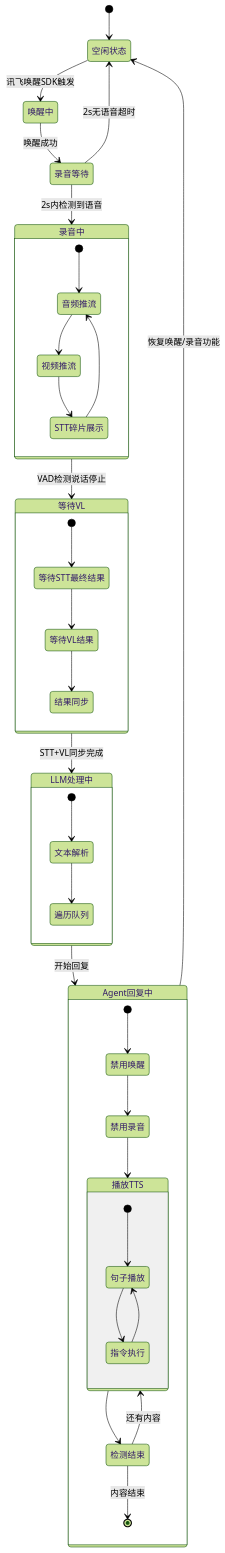
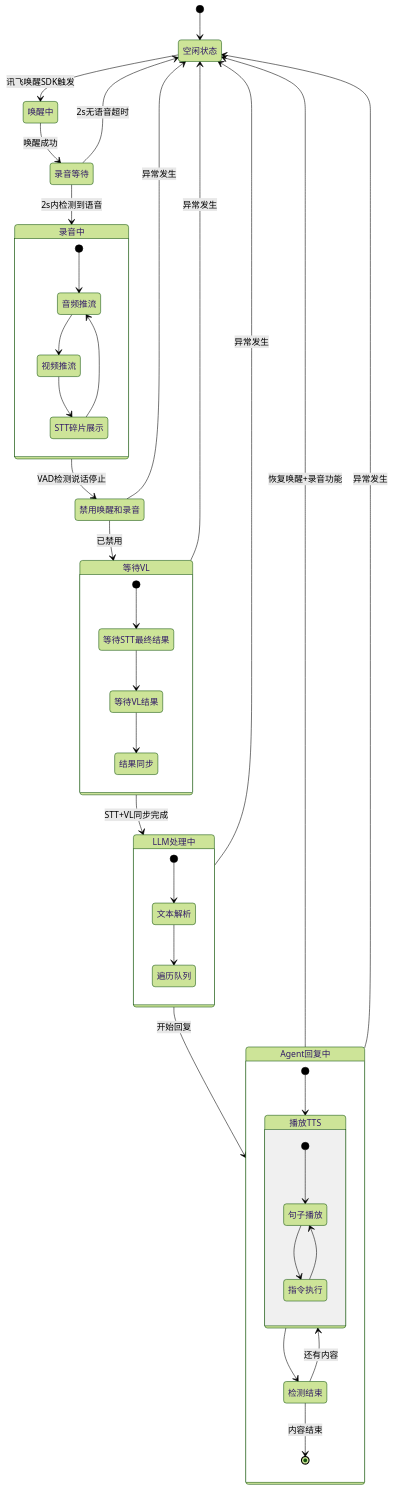
One commit to nangong918/magic-vector changed the fifth of 5 diagrams in cursor/AgentChat.md. Above: the diagram before and after it, drawn with Mermaid (forest theme). The commit also changed other lines of this file, not shown here.

Commit message:
deepseek: 完成状态图设计

````diff
--- a/cursor/AgentChat.md
+++ b/cursor/AgentChat.md
@@ -329,51 +330,57 @@
 ```mermaid
 stateDiagram-v2
-    [*] --> 空闲状态
-    
-    空闲状态 --> 唤醒中: 讯飞唤醒SDK触发
-    唤醒中 --> 录音等待: 唤醒成功
-    录音等待 --> 录音中: 2s内检测到语音
-    录音等待 --> 空闲状态: 2s无语音超时
-    
-    state 录音中 {
-        [*] --> 音频推流
-        音频推流 --> 视频推流
-        视频推流 --> STT碎片展示
-        STT碎片展示 --> 音频推流
+  [*] --> 空闲状态
+
+  空闲状态 --> 唤醒中: 讯飞唤醒SDK触发
+  唤醒中 --> 录音等待: 唤醒成功
+  录音等待 --> 录音中: 2s内检测到语音
+  录音等待 --> 空闲状态: 2s无语音超时
+
+  state 录音中 {
+    [*] --> 音频推流
+    音频推流 --> 视频推流
+    视频推流 --> STT碎片展示
+    STT碎片展示 --> 音频推流
+  }
+
+  录音中 --> 禁用唤醒和录音: VAD检测说话停止
+
+  禁用唤醒和录音 --> 等待VL: 已禁用
+
+  state 等待VL {
+    [*] --> 等待STT最终结果
+    等待STT最终结果 --> 等待VL结果
+    等待VL结果 --> 结果同步
+  }
+
+  等待VL --> LLM处理中: STT+VL同步完成
+
+  state LLM处理中 {
+    [*] --> 文本解析
+    文本解析 --> 遍历队列
+  }
+
+  LLM处理中 --> Agent回复中: 开始回复
+
+  state Agent回复中 {
+    [*] --> 播放TTS
+
+    state 播放TTS {
+      [*] --> 句子播放
+      句子播放 --> 指令执行
+      指令执行 --> 句子播放
     }
-    
-    录音中 --> 等待VL: VAD检测说话停止
-    
-    state 等待VL {
-        [*] --> 等待STT最终结果
-        等待STT最终结果 --> 等待VL结果
-        等待VL结果 --> 结果同步
-    }
-    
-    等待VL --> LLM处理中: STT+VL同步完成
-    
-    state LLM处理中 {
-        [*] --> 文本解析
-        文本解析 --> 遍历队列
-    }
-    
-    LLM处理中 --> Agent回复中: 开始回复
-    
-    state Agent回复中 {
-        [*] --> 禁用唤醒
-        禁用唤醒 --> 禁用录音
-        
-        state 播放TTS {
-            [*] --> 句子播放
-            句子播放 --> 指令执行
-            指令执行 --> 句子播放
-        }
-        
-        禁用录音 --> 播放TTS
-        播放TTS --> 检测结束
-        检测结束 --> 播放TTS: 还有内容
-        检测结束 --> [*]: 内容结束
-    }
-    
-    Agent回复中 --> 空闲状态: 恢复唤醒/录音功能
+
+    播放TTS --> 检测结束
+    检测结束 --> 播放TTS: 还有内容
+    检测结束 --> [*]: 内容结束
+  }
+
+  Agent回复中 --> 空闲状态: 恢复唤醒+录音功能
+
+%% 异常处理
+  禁用唤醒和录音 --> 空闲状态: 异常发生
+  等待VL --> 空闲状态: 异常发生
+  LLM处理中 --> 空闲状态: 异常发生
+  Agent回复中 --> 空闲状态: 异常发生
 ```
````
